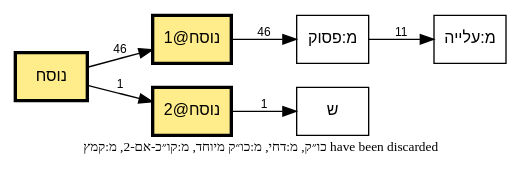
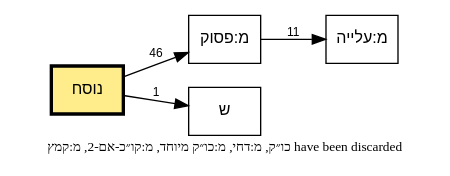
One commit to bdenckla/MAM-basics changed the diagram in out/tmpl-survey-plus/plus-docnote-call-graph-d.dot. Above: the diagram before and after it, drawn with Graphviz. The commit also changed 22 other files, not shown here.

```diff
--- a/out/tmpl-survey-plus/plus-docnote-call-graph-d.dot
+++ b/out/tmpl-survey-plus/plus-docnote-call-graph-d.dot
@@ -1,24 +1,20 @@
 // This file was generated by MAM-basics/py/main_tmpl_survey.py.
 // Do not edit by hand.
 digraph template_call_graph {
     rankdir=LR;
     node [fontname="SBL Hebrew,Helvetica", fontsize=12];
     edge [fontname="Helvetica", fontsize=9];
     graph [comment="This file was generated by MAM-basics/py/main_tmpl_survey.py."];
 
     // Template nodes
     node [shape=box, style=""];
     "נוסח" [fillcolor="lightgoldenrod1", style="filled", penwidth=2.5];
-    "נוסח@1" [fillcolor="lightgoldenrod1", style="filled", penwidth=2.5];
-    "נוסח@2" [fillcolor="lightgoldenrod1", style="filled", penwidth=2.5];
 
     // Note
     graph [label="כו״ק, מ:דחי, מ:כו״ק מיוחד, מ:קו״כ-אם-2, מ:קמץ have been discarded", labelloc=b, fontsize=10];
 
     // Edges
     "מ:פסוק" -> "מ:עלייה" [label="11"];
-    "נוסח" -> "נוסח@1" [label="46"];
-    "נוסח" -> "נוסח@2" [label="1"];
-    "נוסח@1" -> "מ:פסוק" [label="46"];
-    "נוסח@2" -> "ש" [label="1"];
+    "נוסח" -> "מ:פסוק" [label="46"];
+    "נוסח" -> "ש" [label="1"];
 }
```
